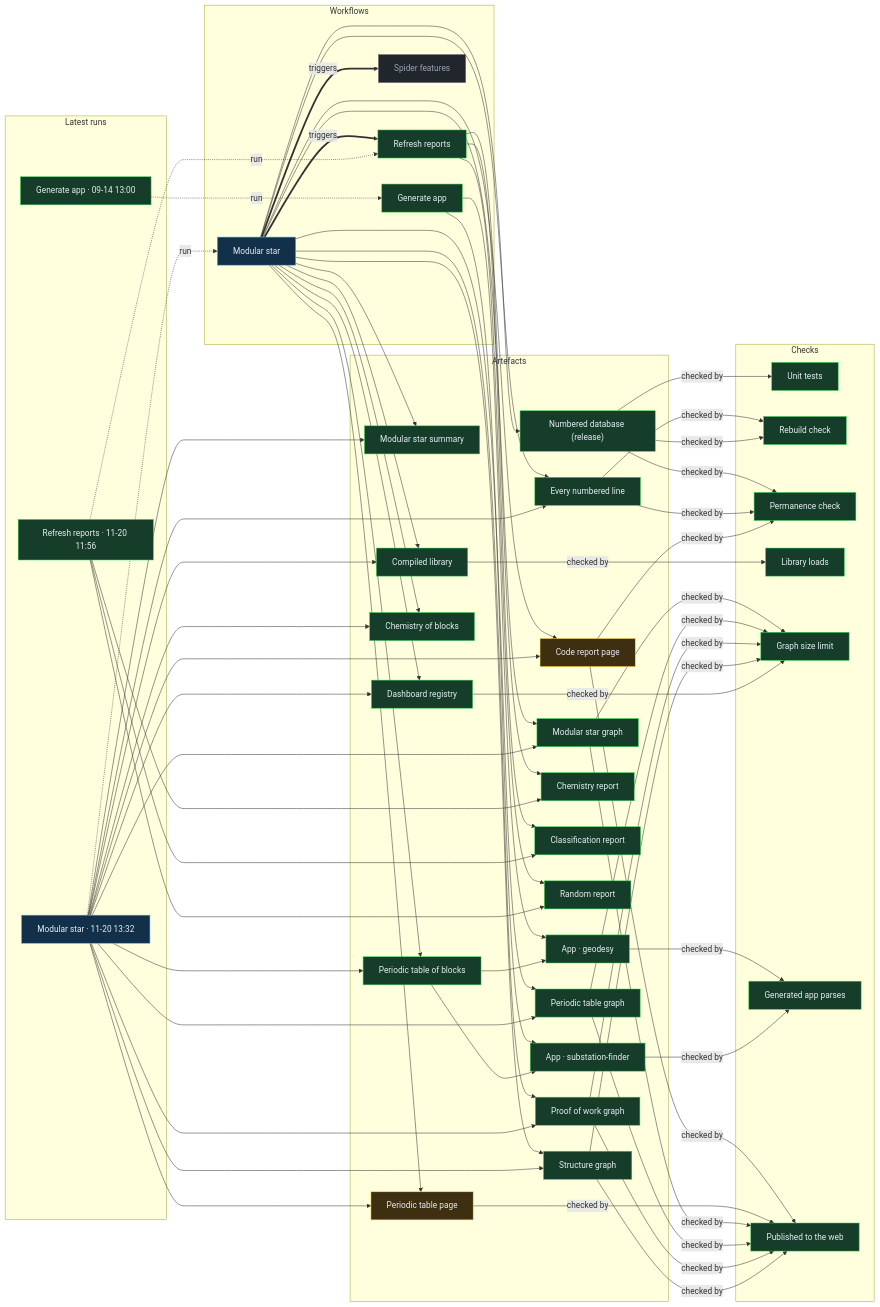
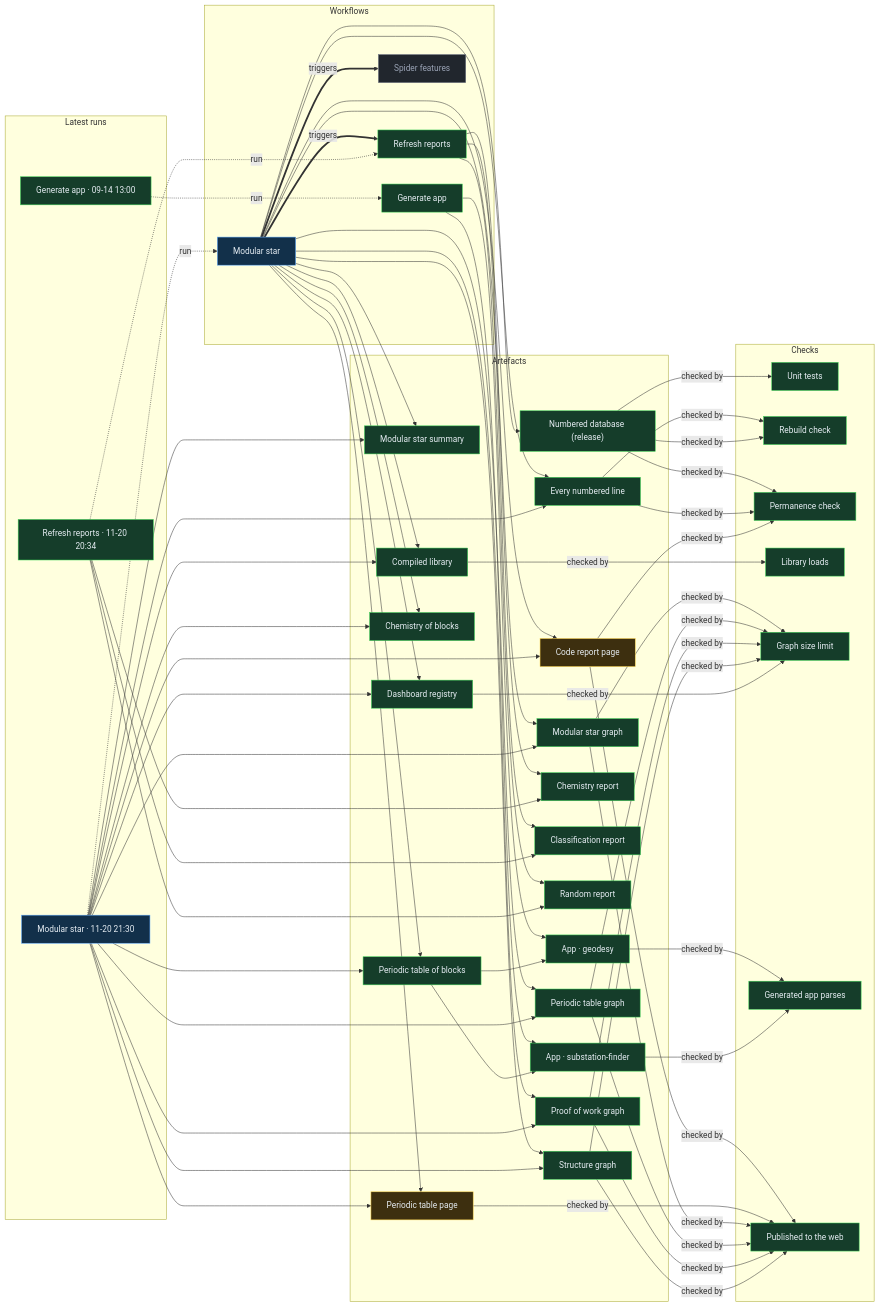
Before and after one commit to Ventusltd/stars: the diagram in proof/PROOF.md, drawn with Mermaid. The commit also changed other lines of this file and 167 other files, not shown here.

Commit message:
Modular star 2026-11-20T21:32Z

```diff
--- a/proof/PROOF.md
+++ b/proof/PROOF.md
@@ -24,8 +24,8 @@
   n_wf_spider_features["Spider features"]:::off
   end
   subgraph g_runs["Latest runs"]
-  n_run_44745223314["Modular star · 11-20 13:32"]:::live
-  n_run_44731691623["Refresh reports · 11-20 11:56"]:::ok
+  n_run_44820871023["Modular star · 11-20 21:30"]:::live
+  n_run_44812613979["Refresh reports · 11-20 20:34"]:::ok
   n_run_34846587798["Generate app · 09-14 13:00"]:::ok
   end
   subgraph g_artefacts["Artefacts"]
@@ -59,39 +59,39 @@
   end
   n_wf_modular_star == triggers ==> n_wf_refresh
   n_wf_modular_star == triggers ==> n_wf_spider_features
-  n_run_44745223314 -. run .-> n_wf_modular_star
-  n_run_44731691623 -. run .-> n_wf_refresh
+  n_run_44820871023 -. run .-> n_wf_modular_star
+  n_run_44812613979 -. run .-> n_wf_refresh
   n_run_34846587798 -. run .-> n_wf_generate
   n_wf_modular_star --> n_art_summary
-  n_run_44745223314 --> n_art_summary
+  n_run_44820871023 --> n_art_summary
   n_wf_modular_star --> n_art_lines
-  n_run_44745223314 --> n_art_lines
+  n_run_44820871023 --> n_art_lines
   n_wf_modular_star --> n_art_code
-  n_run_44745223314 --> n_art_code
+  n_run_44820871023 --> n_art_code
   n_wf_modular_star --> n_art_modular_graph
-  n_run_44745223314 --> n_art_modular_graph
+  n_run_44820871023 --> n_art_modular_graph
   n_wf_modular_star --> n_art_blocks
-  n_run_44745223314 --> n_art_blocks
+  n_run_44820871023 --> n_art_blocks
   n_wf_modular_star --> n_art_table
-  n_run_44745223314 --> n_art_table
+  n_run_44820871023 --> n_art_table
   n_wf_modular_star --> n_art_blocks_graph
-  n_run_44745223314 --> n_art_blocks_graph
+  n_run_44820871023 --> n_art_blocks_graph
   n_wf_modular_star --> n_art_reactions
-  n_run_44745223314 --> n_art_reactions
+  n_run_44820871023 --> n_art_reactions
   n_wf_modular_star --> n_art_library
-  n_run_44745223314 --> n_art_library
+  n_run_44820871023 --> n_art_library
   n_wf_modular_star --> n_art_features
-  n_run_44745223314 --> n_art_features
+  n_run_44820871023 --> n_art_features
   n_wf_modular_star --> n_art_proof
-  n_run_44745223314 --> n_art_proof
+  n_run_44820871023 --> n_art_proof
   n_wf_modular_star --> n_art_structure
-  n_run_44745223314 --> n_art_structure
+  n_run_44820871023 --> n_art_structure
   n_wf_refresh --> n_art_chemistry
-  n_run_44731691623 --> n_art_chemistry
+  n_run_44812613979 --> n_art_chemistry
   n_wf_refresh --> n_art_vedic
-  n_run_44731691623 --> n_art_vedic
+  n_run_44812613979 --> n_art_vedic
   n_wf_refresh --> n_art_random
-  n_run_44731691623 --> n_art_random
+  n_run_44812613979 --> n_art_random
   n_wf_modular_star --> n_art_release
   n_wf_generate --> n_app_geodesy
   n_art_blocks --> n_app_geodesy
```
